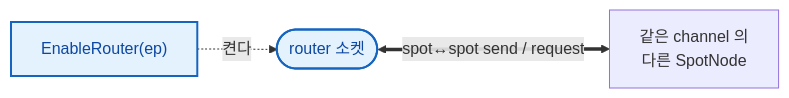
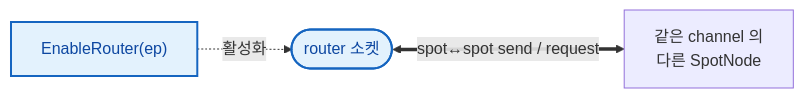
Before and after one commit to kairos-code-dev/zlink: the third of 8 diagrams in framework/doc/framework/dotnet/guide/05-spot.ko.md, drawn with Mermaid. The commit also changed other lines of this file and 87 other files, not shown here.

````diff
--- a/framework/doc/framework/dotnet/guide/05-spot.ko.md
+++ b/framework/doc/framework/dotnet/guide/05-spot.ko.md
@@ -196,7 +192,7 @@
 ```mermaid
 flowchart LR
-  f["EnableRouter(ep)"] -. 켠다 .-> r(["router 소켓"])
+  f["EnableRouter(ep)"] -. 활성화 .-> r(["router 소켓"])
   r <==>|"spot↔spot send / request"| peer["같은 channel 의<br/>다른 SpotNode"]
   classDef m fill:#e3f2fd,stroke:#1565c0,stroke-width:2px,color:#0d47a1;
   class f,r m;
 ```
````
